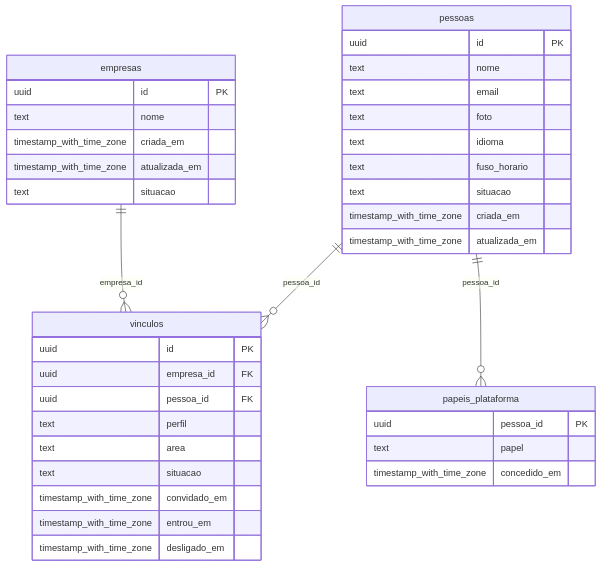
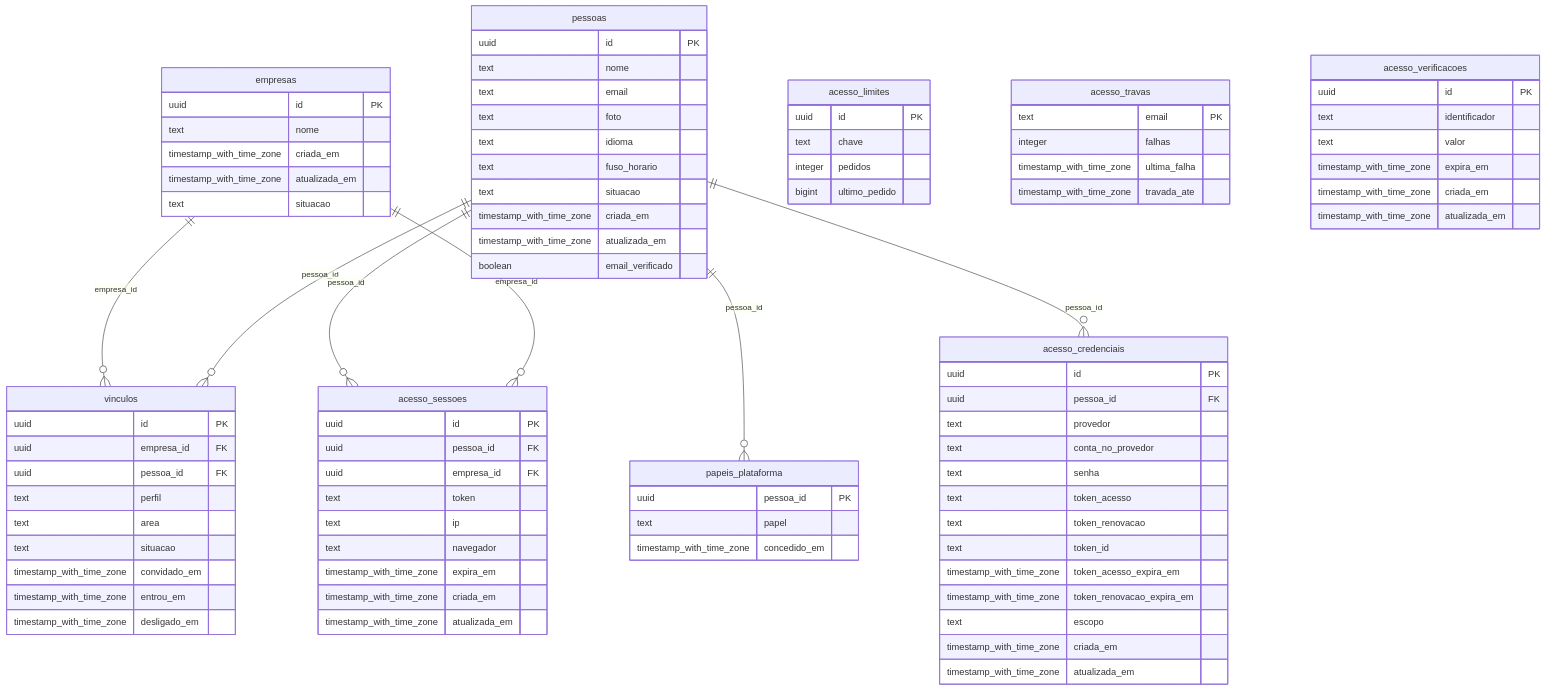
The diagram in docs/banco/README.md (mago-os/mago-os), drawn with Mermaid before and after one commit. The commit also changed other lines of this file and 29 other files, not shown here.

````diff
--- a/docs/banco/README.md
+++ b/docs/banco/README.md
@@ -29,6 +29,7 @@
     text situacao
     timestamp_with_time_zone criada_em
     timestamp_with_time_zone atualizada_em
+    boolean email_verificado
   }
   vinculos {
     uuid id PK
@@ -41,7 +42,56 @@
     timestamp_with_time_zone entrou_em
     timestamp_with_time_zone desligado_em
   }
+  acesso_credenciais {
+    uuid id PK
+    uuid pessoa_id FK
+    text provedor
+    text conta_no_provedor
+    text senha
+    text token_acesso
+    text token_renovacao
+    text token_id
+    timestamp_with_time_zone token_acesso_expira_em
+    timestamp_with_time_zone token_renovacao_expira_em
+    text escopo
+    timestamp_with_time_zone criada_em
+    timestamp_with_time_zone atualizada_em
+  }
+  acesso_limites {
+    uuid id PK
+    text chave
+    integer pedidos
+    bigint ultimo_pedido
+  }
+  acesso_sessoes {
+    uuid id PK
+    uuid pessoa_id FK
+    uuid empresa_id FK
+    text token
+    text ip
+    text navegador
+    timestamp_with_time_zone expira_em
+    timestamp_with_time_zone criada_em
+    timestamp_with_time_zone atualizada_em
+  }
+  acesso_travas {
+    text email PK
+    integer falhas
+    timestamp_with_time_zone ultima_falha
+    timestamp_with_time_zone travada_ate
+  }
+  acesso_verificacoes {
+    uuid id PK
+    text identificador
+    text valor
+    timestamp_with_time_zone expira_em
+    timestamp_with_time_zone criada_em
+    timestamp_with_time_zone atualizada_em
+  }
   pessoas ||--o{ papeis_plataforma : "pessoa_id"
   empresas ||--o{ vinculos : "empresa_id"
   pessoas ||--o{ vinculos : "pessoa_id"
+  pessoas ||--o{ acesso_credenciais : "pessoa_id"
+  pessoas ||--o{ acesso_sessoes : "pessoa_id"
+  empresas ||--o{ acesso_sessoes : "empresa_id"
 ```
````
